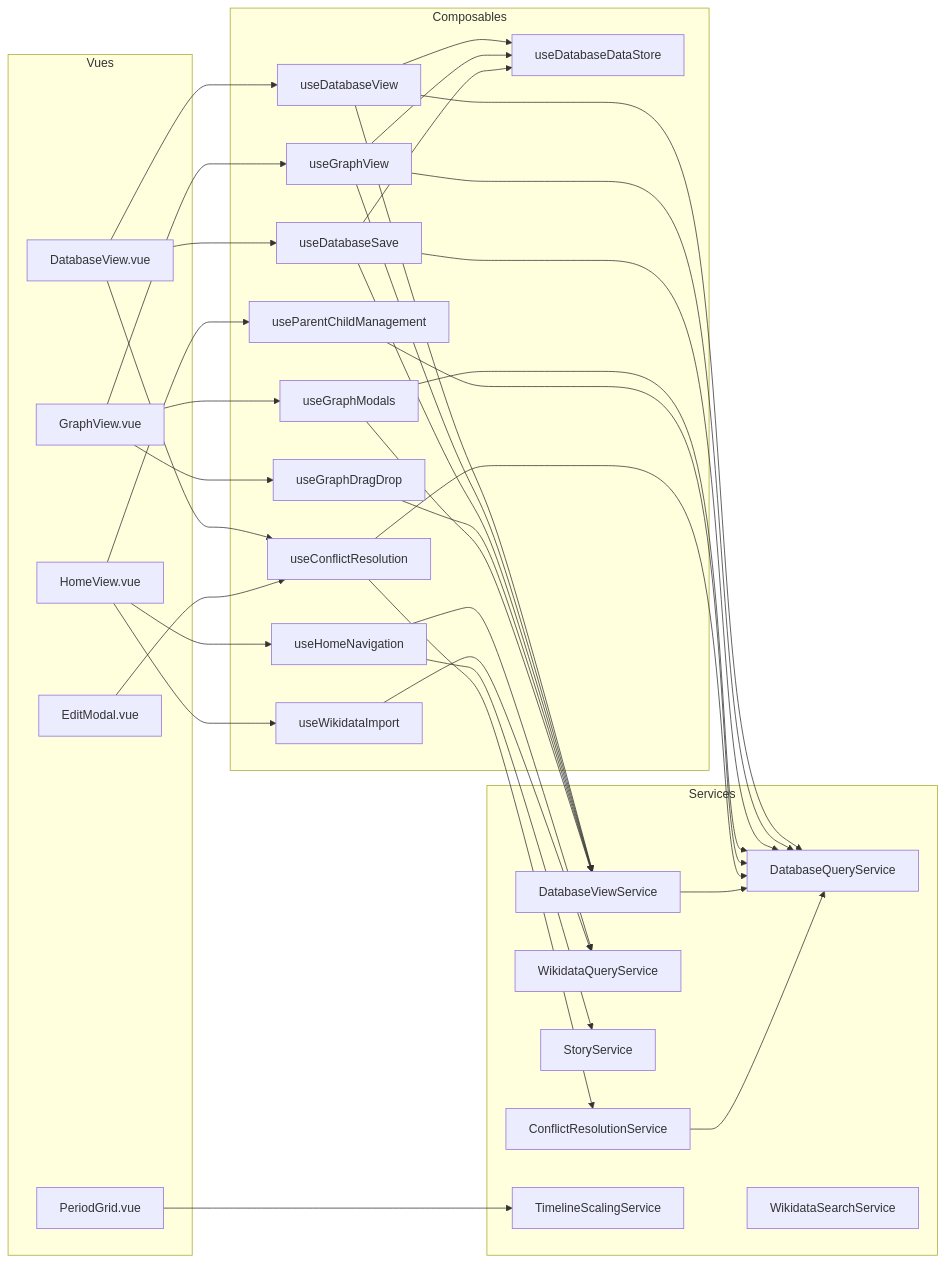
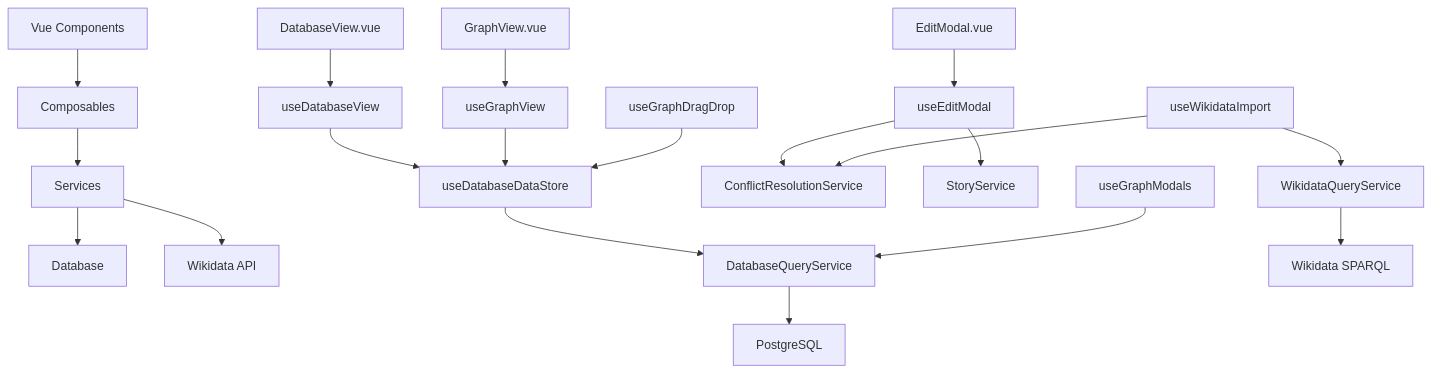
One commit to flobutbut/UniversalTimeline changed the diagram in Documentation-technique.md. Above: the diagram before and after it, drawn with Mermaid. The commit also changed other lines of this file and 5 other files, not shown here.

First line of the commit message:
feat: Optimisations finales - Store partagé, corrections GraphView, filtrage périodes racines

````diff
--- a/Documentation-technique.md
+++ b/Documentation-technique.md
@@ -9,84 +62,27 @@
 ```mermaid
-graph LR
-  subgraph Vues
-    DatabaseViewVue[DatabaseView.vue]
-    GraphViewVue[GraphView.vue]
-    HomeViewVue[HomeView.vue]
-    EditModalVue[EditModal.vue]
-    PeriodGridVue[PeriodGrid.vue]
-  end
-
-  subgraph Composables
-    useDatabaseView
-    useDatabaseSave
-    useConflictResolution
-    useGraphView
-    useGraphDragDrop
-    useGraphModals
-    useHomeNavigation
-    useWikidataImport
-    useParentChildManagement
-    useDatabaseDataStore
-  end
-
-  subgraph Services
-    DatabaseViewService
-    DatabaseQueryService
-    WikidataQueryService
-    StoryService
-    ConflictResolutionService
-    WikidataSearchService
-    TimelineScalingService
-  end
-
-  %% Vues -> Composables
-  DatabaseViewVue --> useDatabaseView
-  DatabaseViewVue --> useDatabaseSave
-  DatabaseViewVue --> useConflictResolution
-
-  GraphViewVue --> useGraphView
-  GraphViewVue --> useGraphDragDrop
-  GraphViewVue --> useGraphModals
-
-  HomeViewVue --> useHomeNavigation
-  HomeViewVue --> useWikidataImport
-  HomeViewVue --> useParentChildManagement
-
-  EditModalVue --> useConflictResolution
-
-  PeriodGridVue --> TimelineScalingService
-
-  %% Composables internes
-  useDatabaseView --> useDatabaseDataStore
-  useGraphView --> useDatabaseDataStore
-  useDatabaseSave --> useDatabaseDataStore
-
-  %% Composables -> Services
-  useDatabaseView --> DatabaseViewService
-  useDatabaseView --> DatabaseQueryService
-
-  useGraphView --> DatabaseViewService
-  useGraphView --> DatabaseQueryService
-
-  useDatabaseSave --> DatabaseViewService
-  useDatabaseSave --> DatabaseQueryService
-
-  useGraphDragDrop --> DatabaseViewService
-
-  useGraphModals --> DatabaseViewService
-  useGraphModals --> DatabaseQueryService
-
-  useHomeNavigation --> WikidataQueryService
-  useHomeNavigation --> StoryService
-
-  useWikidataImport --> WikidataQueryService
-
-  useParentChildManagement --> DatabaseQueryService
-
-  useConflictResolution --> ConflictResolutionService
-  useConflictResolution --> DatabaseQueryService
-
-  %% Services internes
-  DatabaseViewService --> DatabaseQueryService
-  ConflictResolutionService --> DatabaseQueryService
+graph TD
+    A[Vue Components] --> B[Composables]
+    B --> C[Services]
+    C --> D[Database]
+    C --> E[Wikidata API]
+    
+    A1[DatabaseView.vue] --> B1[useDatabaseView]
+    A2[GraphView.vue] --> B2[useGraphView]
+    A3[EditModal.vue] --> B3[useEditModal]
+    
+    B1 --> B4[useDatabaseDataStore]
+    B2 --> B4
+    B4 --> C1[DatabaseQueryService]
+    
+    B3 --> C2[ConflictResolutionService]
+    B3 --> C3[StoryService]
+    
+    B5[useWikidataImport] --> C4[WikidataQueryService]
+    B5 --> C2
+    
+    B6[useGraphDragDrop] --> B4
+    B7[useGraphModals] --> C1
+    
+    C1 --> D1[PostgreSQL]
+    C4 --> E1[Wikidata SPARQL]
 ```
````
